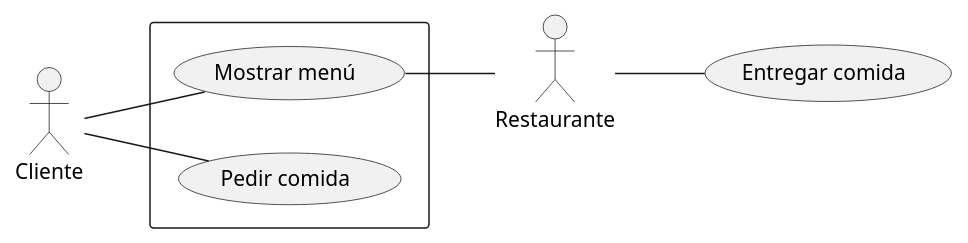
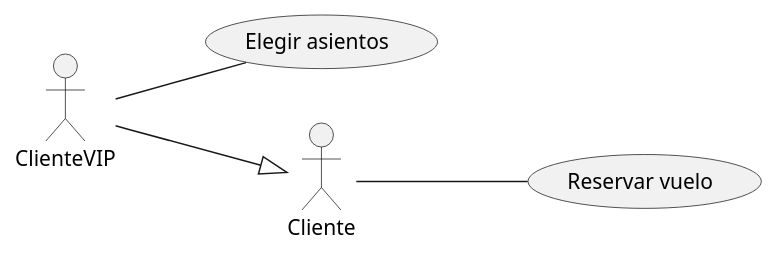
One commit to sergikarx/Casos-de-uso-con-PlantUml-SAM. changed the diagram in src/CasosDeUsoUMLSergioAroca.puml. Above: the diagram before and after it, drawn with PlantUML. The commit also changed 1 other file, not shown here.

```diff
--- a/src/CasosDeUsoUMLSergioAroca.puml
+++ b/src/CasosDeUsoUMLSergioAroca.puml
@@ -1,15 +1,9 @@
 @startuml
 
 left to right direction
+ClienteVIP -- (Elegir asientos)
+ClienteVIP --|> Cliente
 
-:Cliente: as Cliente
-:Restaurante: as Restaurante
+Cliente --(Reservar vuelo)
 
-rectangle {
-Cliente -- (Mostrar menú)
-Cliente -- (Pedir comida)
-(Mostrar menú) -- Restaurante
-}
-
-Restaurante -- (Entregar comida)
 @enduml
```
